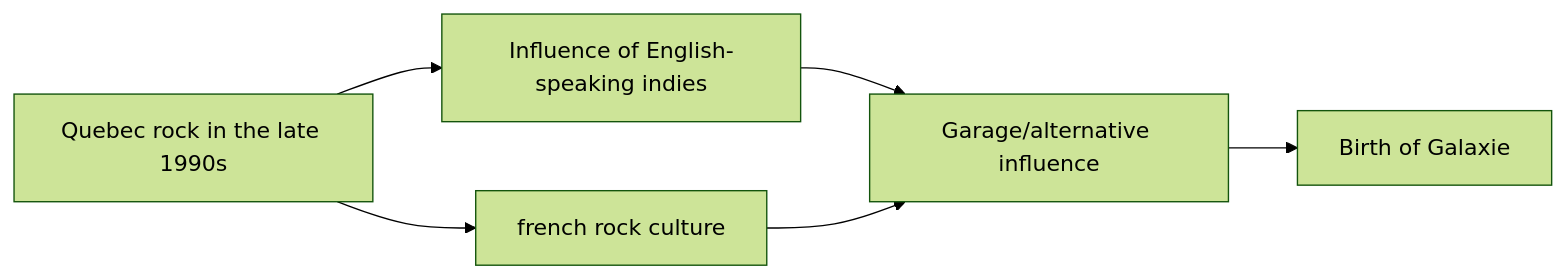
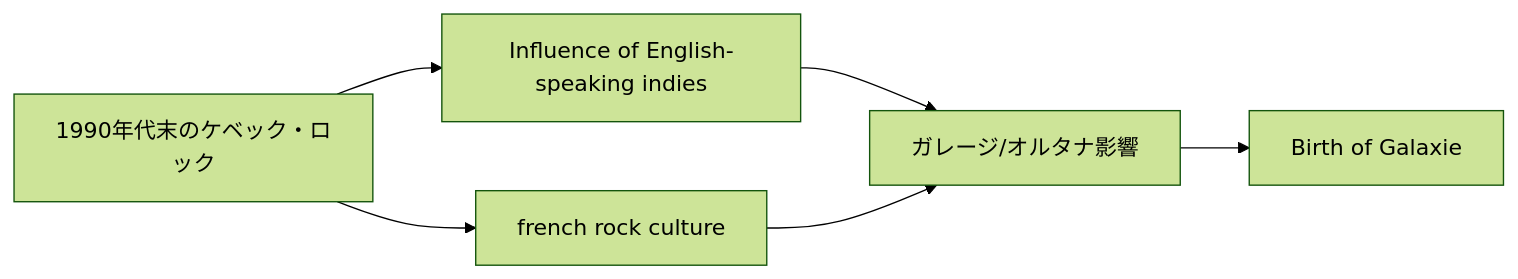
One commit to monumental-movement/monumental-movement.github.io changed the first of 8 diagrams in en/_posts/2026-05-07-column-galaxie.md. Above: the diagram before and after it, drawn with Mermaid (forest theme). The commit also changed other lines of this file and 1012 other files, not shown here.

```diff
--- a/en/_posts/2026-05-07-column-galaxie.md
+++ b/en/_posts/2026-05-07-column-galaxie.md
@@ -74,8 +74,8 @@
 <div class="mermaid">
 graph LR
-A[Quebec rock in the late 1990s] --> B[Influence of English-speaking indies]
+A[1990年代末のケベック・ロック] --> B[Influence of English-speaking indies]
 A --> C[french rock culture]
-B --> D[Garage/alternative influence]
+B --> D[ガレージ/オルタナ影響]
 C --> D
 D --> E[Birth of Galaxie]
 </div>
```
